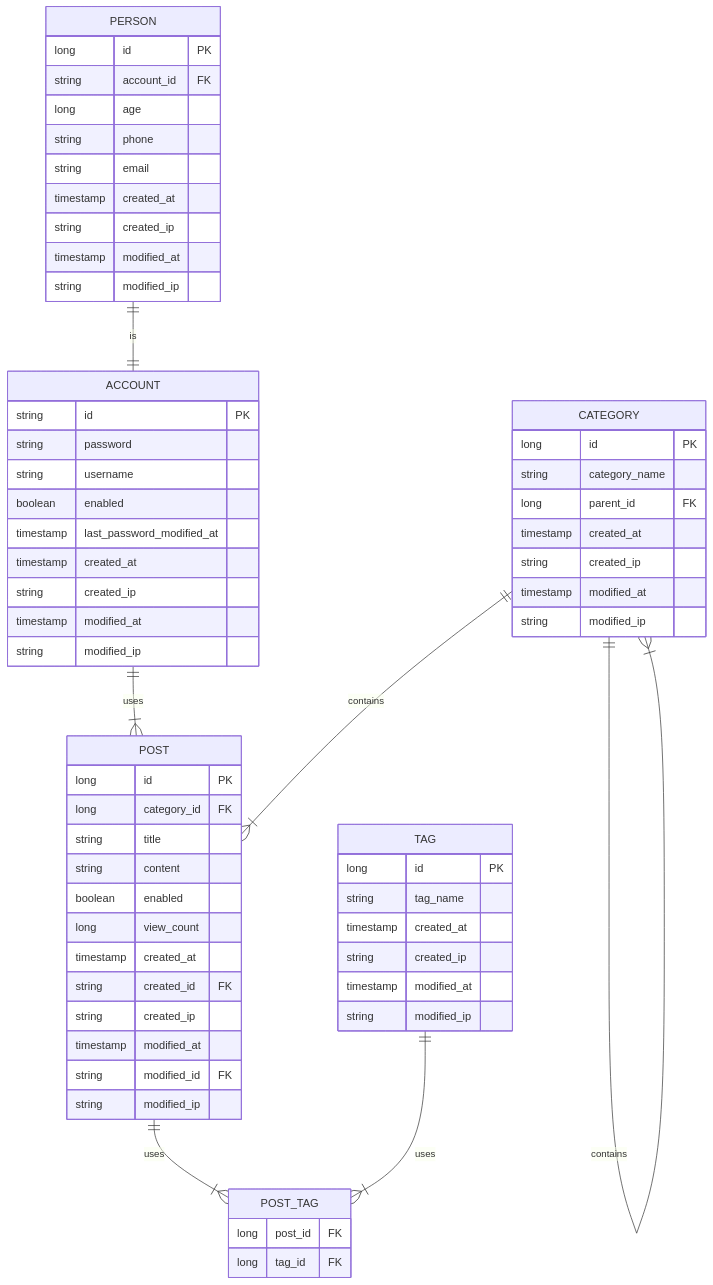
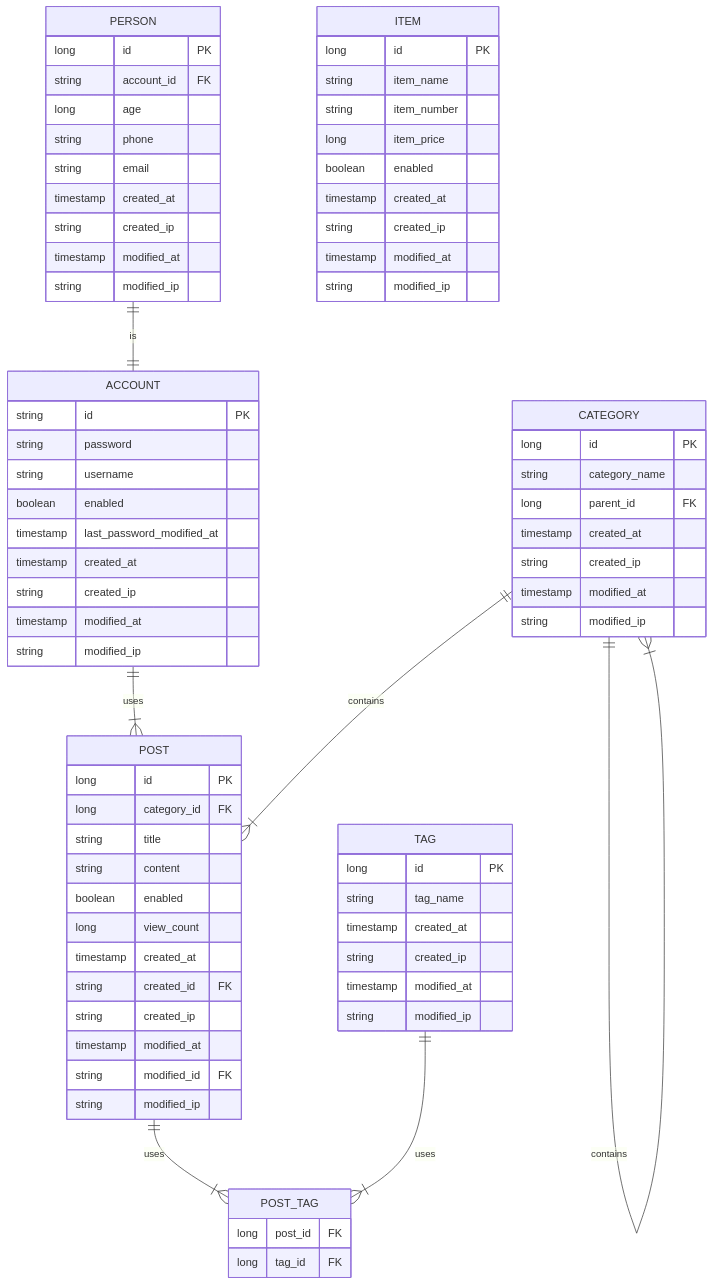
Before and after one commit to csupreme19/study-jpa: the diagram in README.md, drawn with Mermaid.

Commit message:
README 업데이트

```diff
--- a/README.md
+++ b/README.md
@@ -73,6 +73,18 @@
     		long post_id FK
     		long tag_id FK
     }
+    
+    ITEM {
+        long id PK
+        string item_name
+        string item_number
+        long item_price
+        boolean enabled
+        timestamp created_at
+        string created_ip
+        timestamp modified_at
+        string modified_ip
+    }
 
     PERSON ||--|| ACCOUNT : is
     ACCOUNT ||--|{ POST : uses
```
